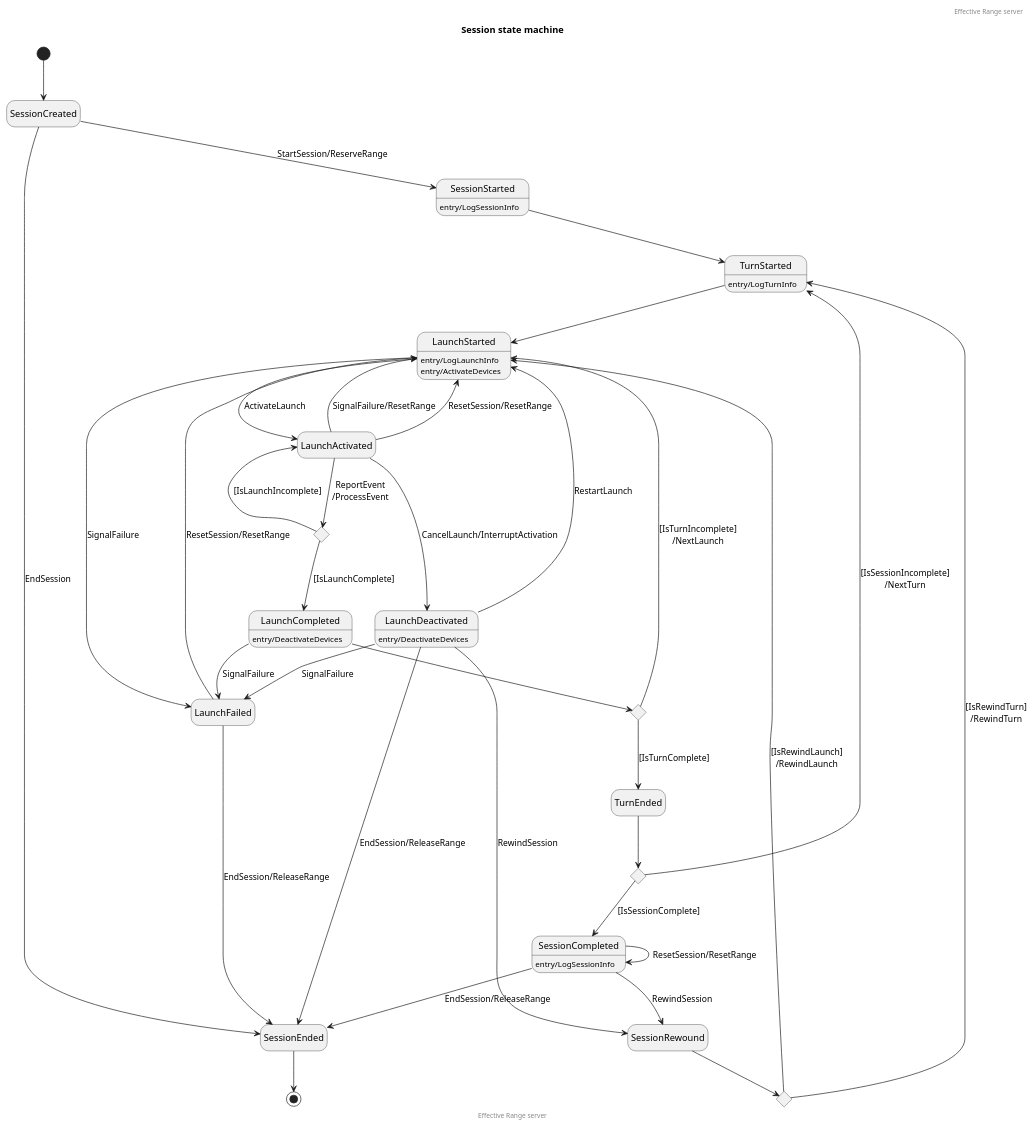
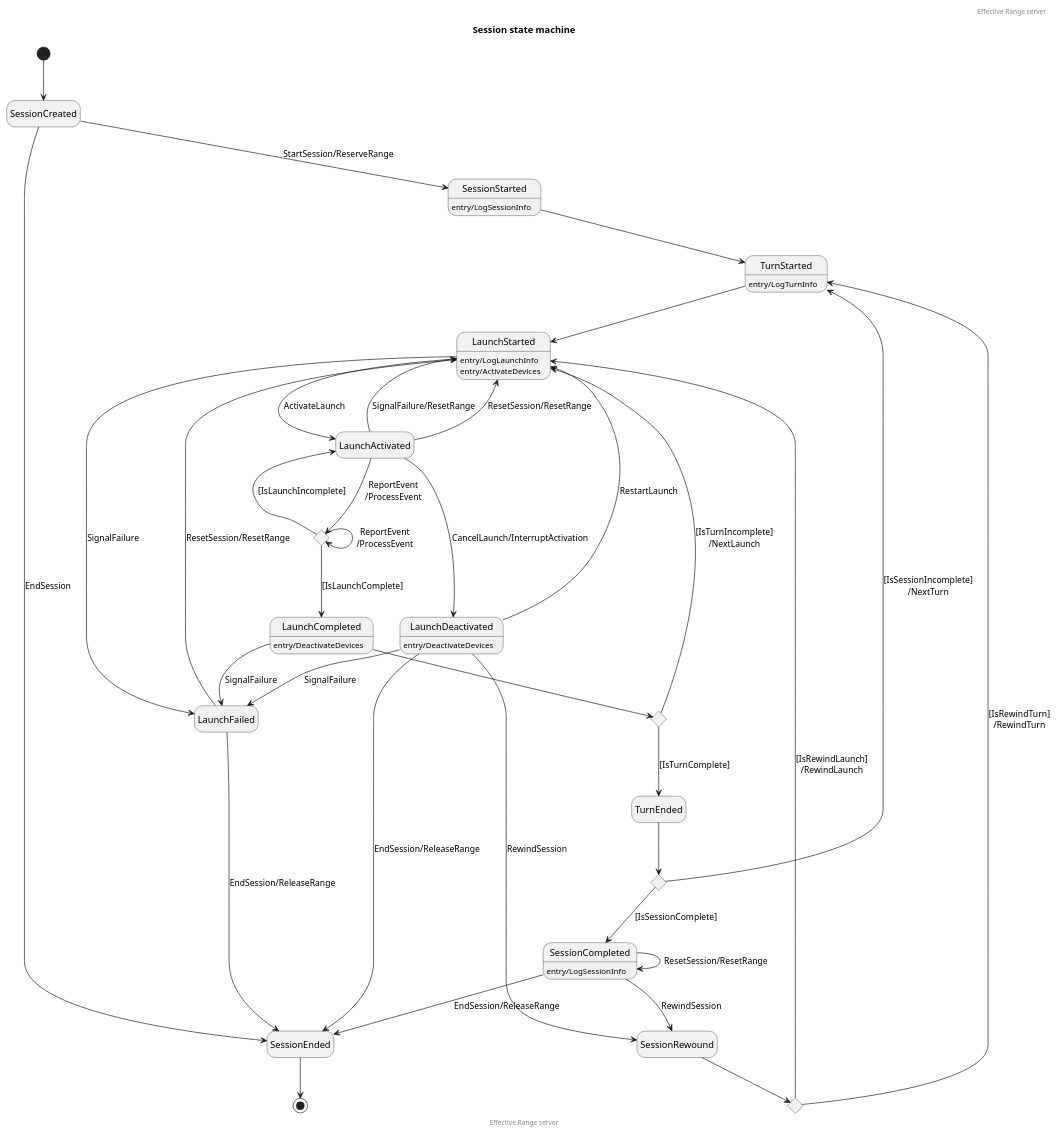
One commit to EffectiveRange/effective-range-api changed the diagram in state/server-session.puml. Above: the diagram before and after it, drawn with PlantUML.

Commit message:
Fix event handling in server session diagram (#53)

```diff
--- a/state/server-session.puml
+++ b/state/server-session.puml
@@ -1,72 +1,73 @@
 @startuml
 hide empty description
 
 header Effective Range server
 title Session state machine
 
 [*] --> SessionCreated
 SessionCreated --> SessionStarted : StartSession/ReserveRange
 SessionStarted : entry/LogSessionInfo
 SessionStarted --> TurnStarted
 TurnStarted : entry/LogTurnInfo
 TurnStarted --> LaunchStarted
 
 LaunchStarted : entry/LogLaunchInfo
 LaunchStarted : entry/ActivateDevices
 LaunchStarted --> LaunchActivated : ActivateLaunch
 
 state LaunchActivatedChoice <<choice>>
 
 ' Successful launch
 LaunchActivated --> LaunchActivatedChoice : ReportEvent\n/ProcessEvent
+LaunchActivatedChoice --> LaunchActivatedChoice : ReportEvent\n/ProcessEvent
 LaunchActivatedChoice --> LaunchActivated : [IsLaunchIncomplete]
 LaunchActivatedChoice --> LaunchCompleted : [IsLaunchComplete]
 LaunchCompleted : entry/DeactivateDevices
 
 state LaunchCompleteChoice <<choice>>
 
 LaunchCompleted --> LaunchCompleteChoice
 LaunchCompleteChoice --> LaunchStarted : [IsTurnIncomplete]\n/NextLaunch
 LaunchCompleteChoice --> TurnEnded : [IsTurnComplete]
 
 LaunchActivated --> LaunchDeactivated : CancelLaunch/InterruptActivation
 LaunchDeactivated : entry/DeactivateDevices
 LaunchDeactivated --> SessionEnded : EndSession/ReleaseRange
 
 ' Restart launch
 LaunchDeactivated --> LaunchStarted : RestartLaunch
 
 ' Failed launch
 LaunchStarted --> LaunchFailed : SignalFailure
 LaunchActivated --> LaunchStarted : SignalFailure/ResetRange
 LaunchCompleted --> LaunchFailed : SignalFailure
 LaunchDeactivated --> LaunchFailed : SignalFailure
 LaunchFailed --> LaunchStarted : ResetSession/ResetRange
 LaunchFailed --> SessionEnded : EndSession/ReleaseRange
 
 ' Continue session after server restart
 LaunchActivated --> LaunchStarted : ResetSession/ResetRange
 SessionCompleted --> SessionCompleted : ResetSession/ResetRange
 
 ' Rewound session
 state SessionRewoundChoice <<choice>>
 
 LaunchDeactivated --> SessionRewound : RewindSession
 SessionRewound --> SessionRewoundChoice
 SessionRewoundChoice --> LaunchStarted : [IsRewindLaunch]\n/RewindLaunch
 SessionRewoundChoice --> TurnStarted : [IsRewindTurn]\n/RewindTurn
 
 state TurnEndedChoice <<choice>>
 
 TurnEnded --> TurnEndedChoice
 TurnEndedChoice --> TurnStarted : [IsSessionIncomplete]\n/NextTurn
 TurnEndedChoice --> SessionCompleted : [IsSessionComplete]
 SessionCompleted : entry/LogSessionInfo
 SessionCompleted --> SessionRewound : RewindSession
 SessionCompleted --> SessionEnded : EndSession/ReleaseRange
 SessionCreated --> SessionEnded : EndSession
 SessionEnded --> [*]
 
 footer Effective Range server
 
 @enduml
```
